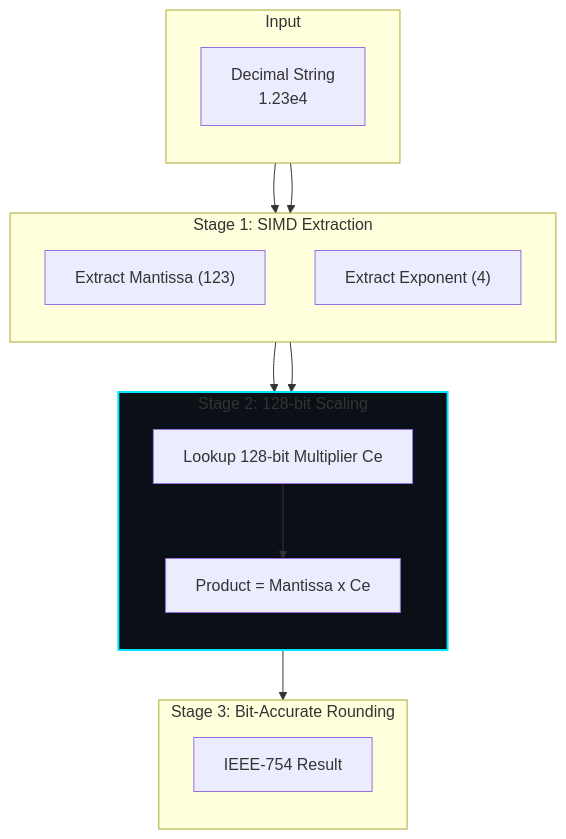
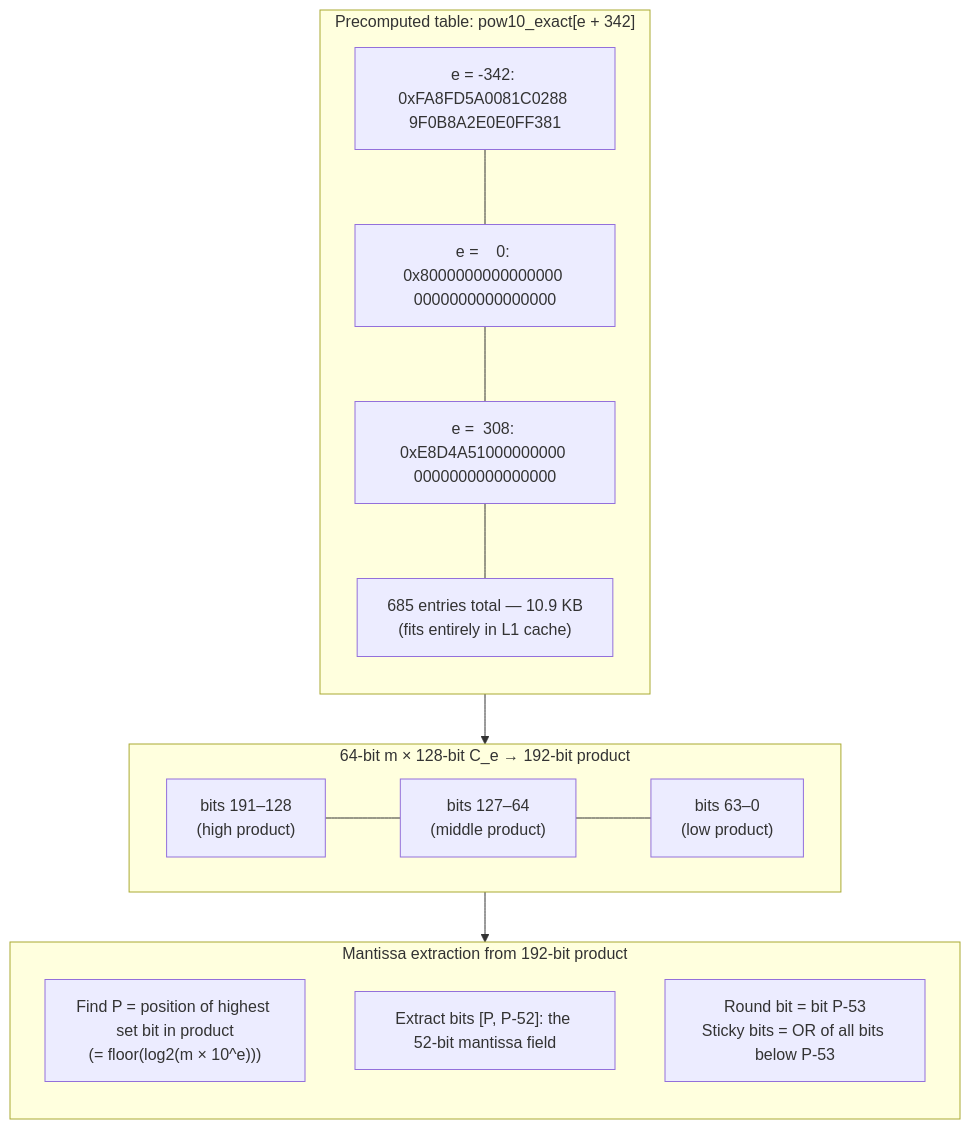
Before and after one commit to the-lkb/beast-json: the sixth of 8 diagrams in docs/theory/russ-cox.md, drawn with Mermaid. The commit also changed other lines of this file and 3 other files, not shown here.

````diff
--- a/docs/theory/russ-cox.md
+++ b/docs/theory/russ-cox.md
@@ -39,33 +170,28 @@
 ```mermaid
 flowchart TB
-    subgraph Input["Input"]
+    subgraph TABLE["Precomputed table: pow10_exact[e + 342]"]
         direction TB
-        S["Decimal String<br/>1.23e4"]
+        TE1["e = -342: 0xFA8FD5A0081C0288 9F0B8A2E0E0FF381"]
+        TE2["e =    0: 0x8000000000000000 0000000000000000"]
+        TE3["e =  308: 0xE8D4A51000000000 0000000000000000"]
+        TE4["685 entries total — 10.9 KB\n(fits entirely in L1 cache)"]
+        TE1 --- TE2 --- TE3 --- TE4
     end
 
-    subgraph Stage1["Stage 1: SIMD Extraction"]
-        direction TB
-        M["Extract Mantissa (123)"]
-        E["Extract Exponent (4)"]
+    subgraph MUL192["64-bit m × 128-bit C_e → 192-bit product"]
+        direction LR
+        P_HI["bits 191–128\n(high product)"]
+        P_MID["bits 127–64\n(middle product)"]
+        P_LO["bits 63–0\n(low product)"]
+        P_HI --- P_MID --- P_LO
     end
 
-    subgraph Stage2["Stage 2: 128-bit Scaling"]
+    subgraph EXTRACT["Mantissa extraction from 192-bit product"]
         direction TB
-        C["Lookup 128-bit Multiplier Ce"]
-        P["Product = Mantissa x Ce"]
-        C --> P
+        E1["Find P = position of highest set bit in product\n(= floor(log2(m × 10^e)))"]
+        E2["Extract bits [P, P-52]: the 52-bit mantissa field"]
+        E3["Round bit = bit P-53\nSticky bits = OR of all bits below P-53"]
     end
 
-    subgraph Stage3["Stage 3: Bit-Accurate Rounding"]
-        direction TB
-        R["IEEE-754 Result"]
-    end
-
-    S --> M
-    S --> E
-    M --> C
-    E --> C
-    P --> R
-
-    style Stage2 fill:#0b1016,stroke:#00e5ff,stroke-width:2px
+    TABLE --> MUL192 --> EXTRACT
 ```
````
